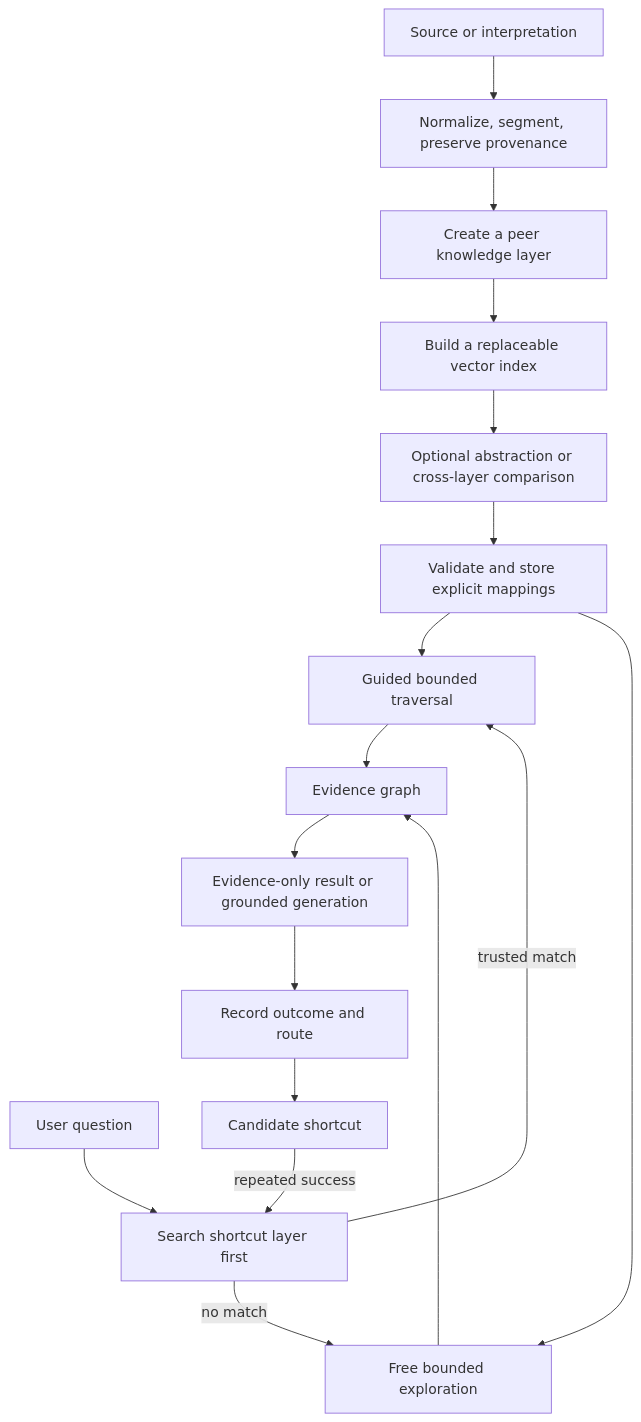
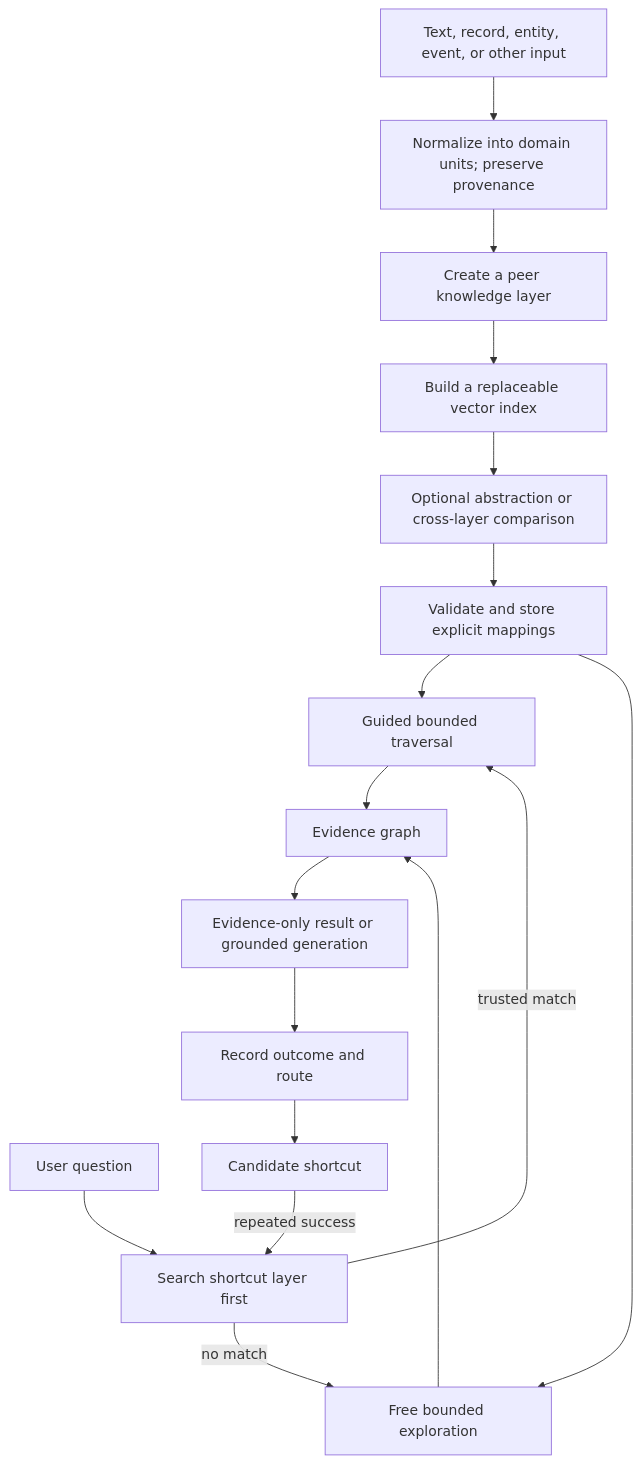
Before and after one commit to rsb0328/an-essay-concerning-llm-understanding: the diagram in README.md, drawn with Mermaid. The commit also changed other lines of this file and 17 other files, not shown here.

````diff
--- a/README.md
+++ b/README.md
@@ -149,19 +167,19 @@
 ```mermaid
 flowchart TD
-    A["Source or interpretation"] --> B["Normalize, segment, preserve provenance"]
+    A["Text, record, entity, event, or other input"] --> B["Normalize into domain units; preserve provenance"]
     B --> C["Create a peer knowledge layer"]
     C --> D["Build a replaceable vector index"]
     D --> E["Optional abstraction or cross-layer comparison"]
     E --> F["Validate and store explicit mappings"]
     Q["User question"] --> S["Search shortcut layer first"]
     S -->|"trusted match"| G["Guided bounded traversal"]
     S -->|"no match"| H["Free bounded exploration"]
     F --> G
     F --> H
     G --> I["Evidence graph"]
     H --> I
     I --> J["Evidence-only result or grounded generation"]
     J --> K["Record outcome and route"]
     K --> L["Candidate shortcut"]
     L -->|"repeated success"| S
 ```
````
